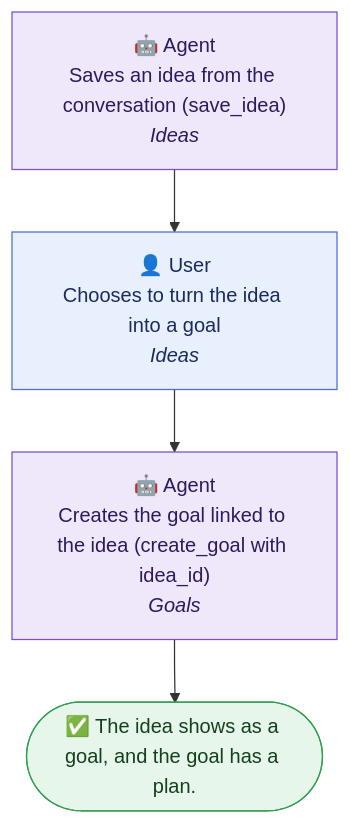
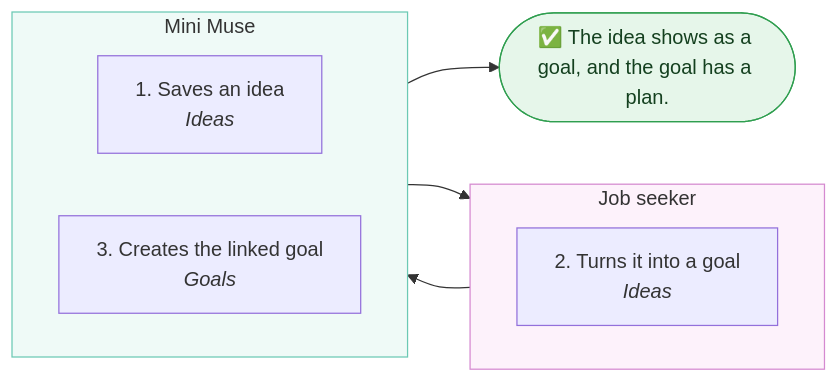
Before and after one commit to lngsa1234/mini-muse-mvp: the sixth of 6 diagrams in docs/product/baseline.md, drawn with Mermaid. The commit also changed other lines of this file and 1 other file, not shown here.

First line of the commit message:
docs: journeys as swimlanes in the product baseline (AgentForge plugin 0.4.2)

````diff
--- a/docs/product/baseline.md
+++ b/docs/product/baseline.md
@@ -256,19 +271,21 @@
 ```mermaid
-flowchart TD
-  s1["🤖 Agent<br/>Saves an idea from the conversation (save_idea)<br/><i>Ideas</i>"]
-  class s1 agent
-  s2["👤 User<br/>Chooses to turn the idea into a goal<br/><i>Ideas</i>"]
-  class s2 user
+flowchart LR
+  subgraph user_lane["Job seeker"]
+    direction LR
+    s2["2. Turns it into a goal<br/><i>Ideas</i>"]
+  end
+  subgraph agent_lane["Mini Muse"]
+    direction LR
+    s1["1. Saves an idea<br/><i>Ideas</i>"]
+    s3["3. Creates the linked goal<br/><i>Goals</i>"]
+  end
   s1 --> s2
-  s3["🤖 Agent<br/>Creates the goal linked to the idea (create_goal with idea_id)<br/><i>Goals</i>"]
-  class s3 agent
   s2 --> s3
   done(["✅ The idea shows as a goal, and the goal has a plan."])
   s3 --> done
-  class done outcome
-  classDef user fill:#e8f0fe,stroke:#4a6fd1,color:#1a2b5c
-  classDef agent fill:#efe8fb,stroke:#7a4fd1,color:#2e1a5c
-  classDef system fill:#f1f1f1,stroke:#888,color:#333
   classDef approval fill:#fff4e0,stroke:#d18a1f,color:#5c3a00
   classDef outcome fill:#e6f6ea,stroke:#2f9e4f,color:#14401f
+  style user_lane fill:#fdf2fb,stroke:#d58ad0
+  style agent_lane fill:#effaf7,stroke:#6cc9b4
+  class done outcome
 ```
````
